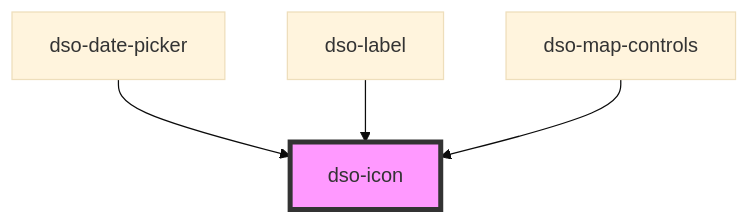
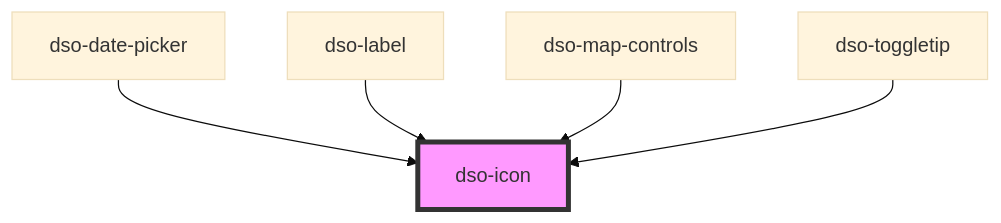
One commit to dso-toolkit/dso-toolkit changed the diagram in packages/core/src/components/icon/readme.md. Above: the diagram before and after it, drawn with Mermaid (base theme). The commit also changed other lines of this file and 6 other files, not shown here.

````diff
--- a/packages/core/src/components/icon/readme.md
+++ b/packages/core/src/components/icon/readme.md
@@ -24,7 +25,8 @@
 ```mermaid
 graph TD;
   dso-date-picker --> dso-icon
   dso-label --> dso-icon
   dso-map-controls --> dso-icon
+  dso-toggletip --> dso-icon
   style dso-icon fill:#f9f,stroke:#333,stroke-width:4px
 ```
````
